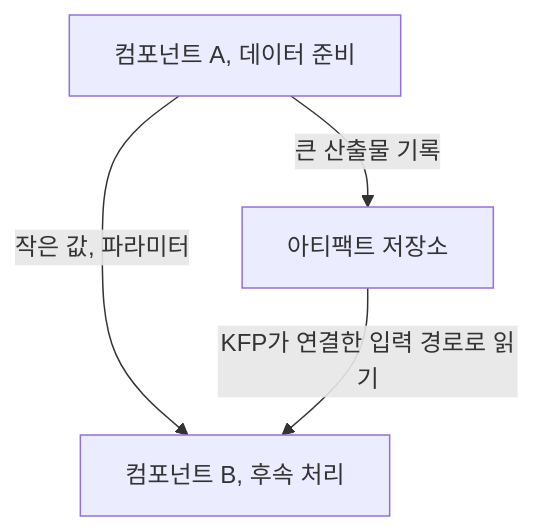
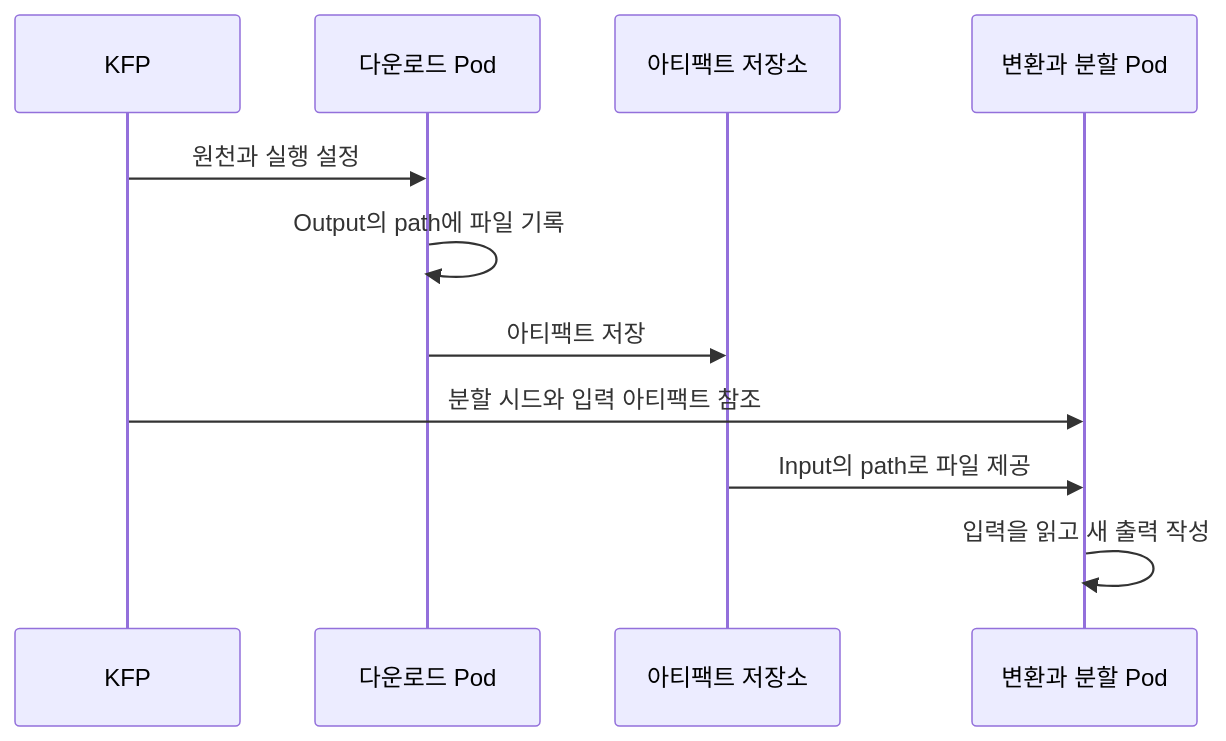
Before and after one commit to johklo/johklo.github.io: the first of 3 diagrams in content/docs/tech/machine-learning-platform-engineering/07-data-preparation.md, drawn with Mermaid. The commit also changed other lines of this file and 3 other files, not shown here.

````diff
--- a/content/docs/tech/machine-learning-platform-engineering/07-data-preparation.md
+++ b/content/docs/tech/machine-learning-platform-engineering/07-data-preparation.md
@@ -34,9 +93,15 @@
 ```mermaid
-flowchart TD
-    accTitle: 파라미터와 아티팩트의 데이터 전달 경로
-    accDescr: 작은 설정값은 파라미터로 전달한다. 큰 데이터는 KFP 관리 저장소에 아티팩트로 기록하고 다음 컴포넌트가 입력 경로로 읽는다.
-    A["컴포넌트 A, 데이터 준비"]
-    A -->|"작은 값, 파라미터"| B["컴포넌트 B, 후속 처리"]
-    A -->|"큰 산출물 기록"| S["아티팩트 저장소"]
-    S -->|"KFP가 연결한 입력 경로로 읽기"| B
+sequenceDiagram
+    accTitle: 데이터 준비 컴포넌트 사이의 아티팩트 전달
+    accDescr: KFP는 분할 시드 같은 작은 값을 파라미터로 전달한다. 다운로드 Pod가 출력 경로에 기록한 파일은 아티팩트 저장소를 거쳐 다음 Pod의 입력 경로에 연결된다.
+    participant K as KFP
+    participant A as 다운로드 Pod
+    participant S as 아티팩트 저장소
+    participant B as 변환과 분할 Pod
+    K->>A: 원천과 실행 설정
+    A->>A: Output의 path에 파일 기록
+    A->>S: 아티팩트 저장
+    K->>B: 분할 시드와 입력 아티팩트 참조
+    S->>B: Input의 path로 파일 제공
+    B->>B: 입력을 읽고 새 출력 작성
 ```
````
